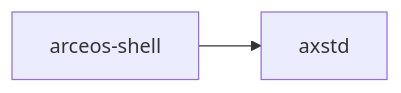
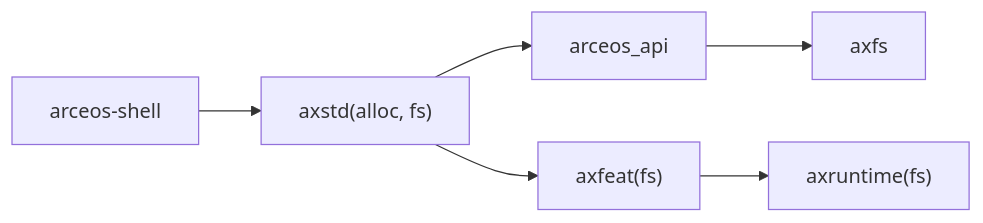
Before and after one commit to rcore-os/tgoskits: the second of 2 diagrams in docs/crates/arceos-shell.md, drawn with Mermaid. The commit also changed other lines of this file and 99 other files, not shown here.

````diff
--- a/docs/crates/arceos-shell.md
+++ b/docs/crates/arceos-shell.md
@@ -32,5 +97,8 @@
 ```mermaid
 graph LR
-    current["arceos-shell"]
-    current --> axstd["axstd"]
+    shell["arceos-shell"] --> axstd["axstd(alloc, fs)"]
+    axstd --> arceos_api["arceos_api"]
+    arceos_api --> axfs["axfs"]
+    axstd --> axfeat["axfeat(fs)"]
+    axfeat --> axruntime["axruntime(fs)"]
 ```
````
